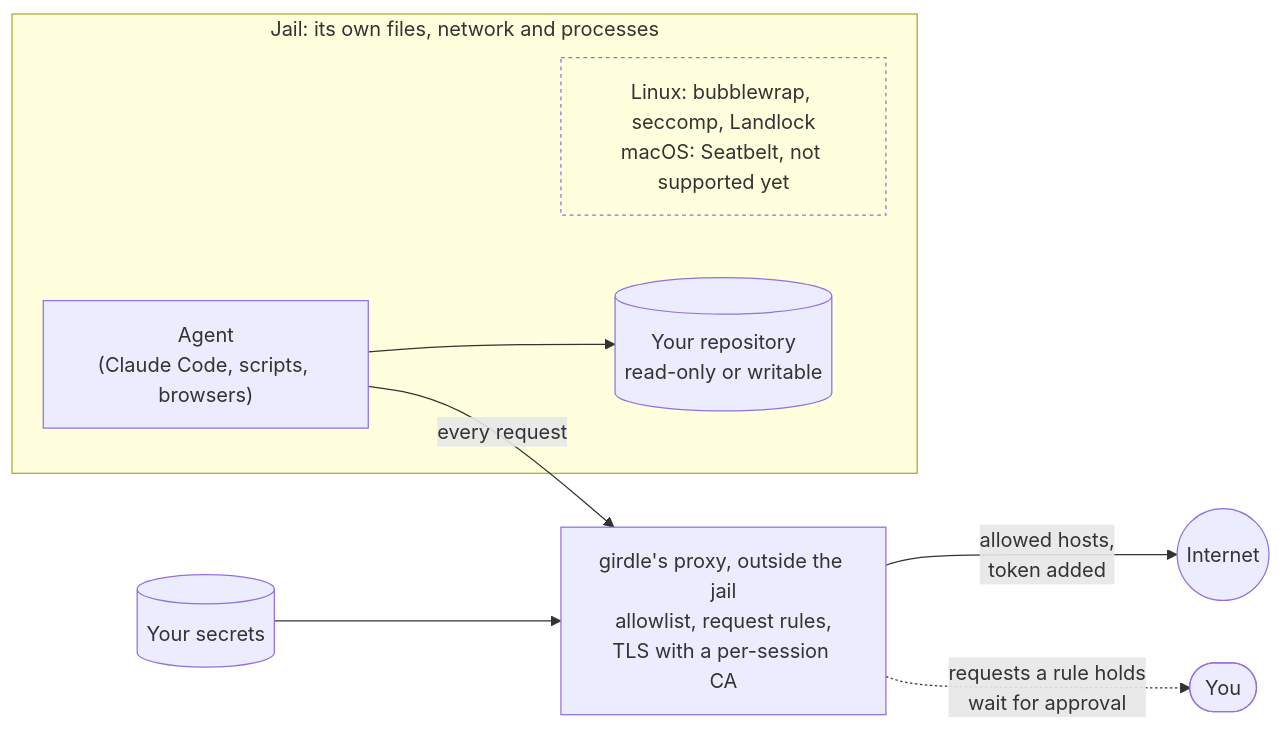
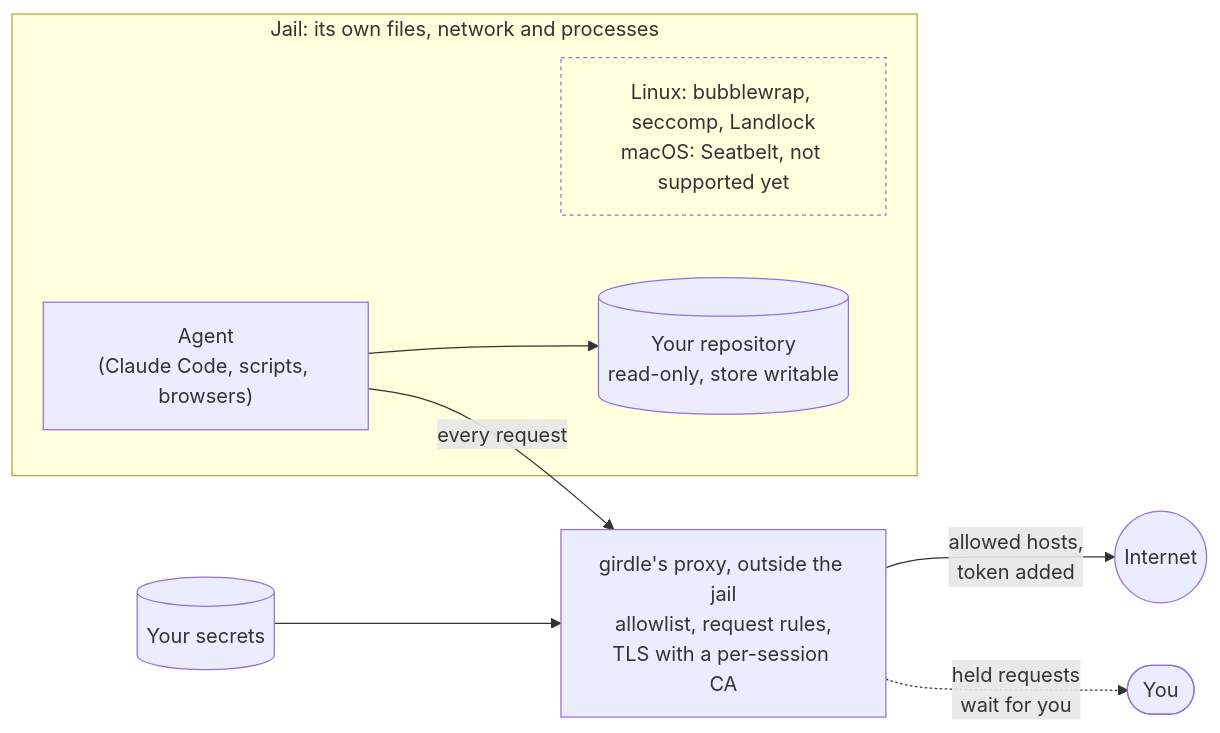
Before and after one commit to fnune/doriath: the diagram in README.md, drawn with Mermaid. The commit also changed other lines of this file and 2 other files, not shown here.

````diff
--- a/README.md
+++ b/README.md
@@ -77,22 +57,22 @@
 ```mermaid
 flowchart LR
     subgraph jail["Jail: its own files, network and processes"]
         tech["Linux: bubblewrap, seccomp, Landlock<br/>macOS: Seatbelt, not supported yet"]
         agent["Agent<br/>(Claude Code, scripts, browsers)"]
-        repo[("Your repository<br/>read-only or writable")]
+        repo[("Your repository<br/>read-only, store writable")]
         agent --> repo
     end
 
     proxy["girdle's proxy, outside the jail<br/>allowlist, request rules,<br/>TLS with a per-session CA"]
 
     secrets[("Your secrets")]
     you(["You"])
     internet(("Internet"))
 
     agent -- "every request" --> proxy
     proxy -- "allowed hosts,<br/>token added" --> internet
-    proxy -. "requests a rule holds<br/>wait for approval" .-> you
+    proxy -. "held requests<br/>wait for you" .-> you
     secrets --> proxy
 
     style tech fill:none,stroke-dasharray:3 3
 ```
````
